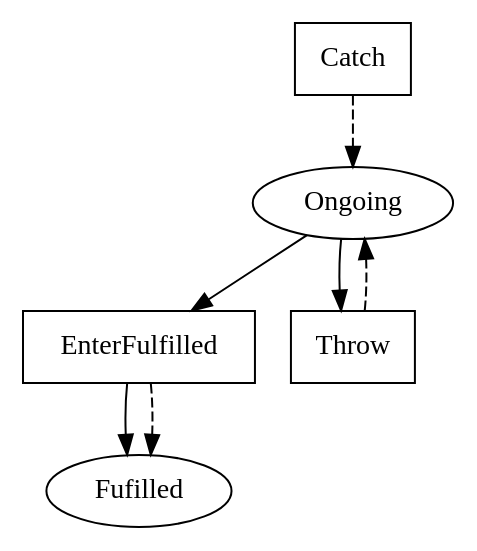
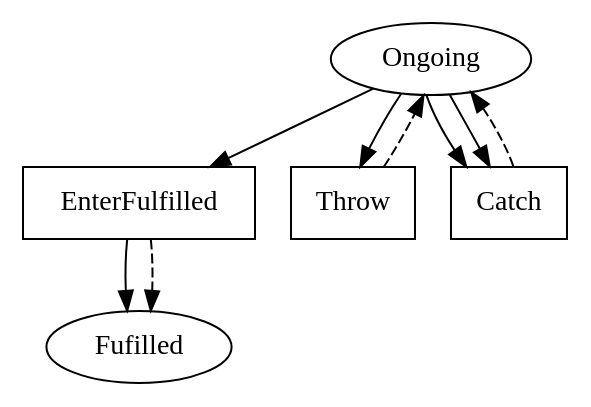
Before and after one commit to Marcao02/complaw-deeptech: the diagram in linear_state_machine_language/pyL4/examples_graphviz_out/toy_and_teaching/minimal_future-actions2.dot, drawn with Graphviz. The commit also changed 23 other files, not shown here.

```diff
--- a/linear_state_machine_language/pyL4/examples_graphviz_out/toy_and_teaching/minimal_future-actions2.dot
+++ b/linear_state_machine_language/pyL4/examples_graphviz_out/toy_and_teaching/minimal_future-actions2.dot
@@ -1,23 +1,25 @@
 // THIS IS A GENERATED FILE. DO NOT EDIT.
 
 digraph test_contract_2_for_must_later {    
     Fulfilled[label=Fufilled];
     Ongoing[label=Ongoing]
     
     EnterFulfilled[label=EnterFufilled,shape=box]; 
     Throw[label=Throw,shape=box];
 	Catch[label=Catch,shape=box];
 	EnterFulfilled[label=EnterFulfilled,shape=box]    
     
     EnterFulfilled -> Fulfilled;
     
     Ongoing -> Throw;
-	Ongoing -> EnterFulfilled
+	Ongoing -> EnterFulfilled;
+	Ongoing -> Catch;
+	Ongoing -> Catch
     
     Throw -> Ongoing [style=dashed];
 	Catch -> Ongoing [style=dashed];
 	EnterFulfilled -> Fulfilled [style=dashed];
 	     
     
        
 }
```
